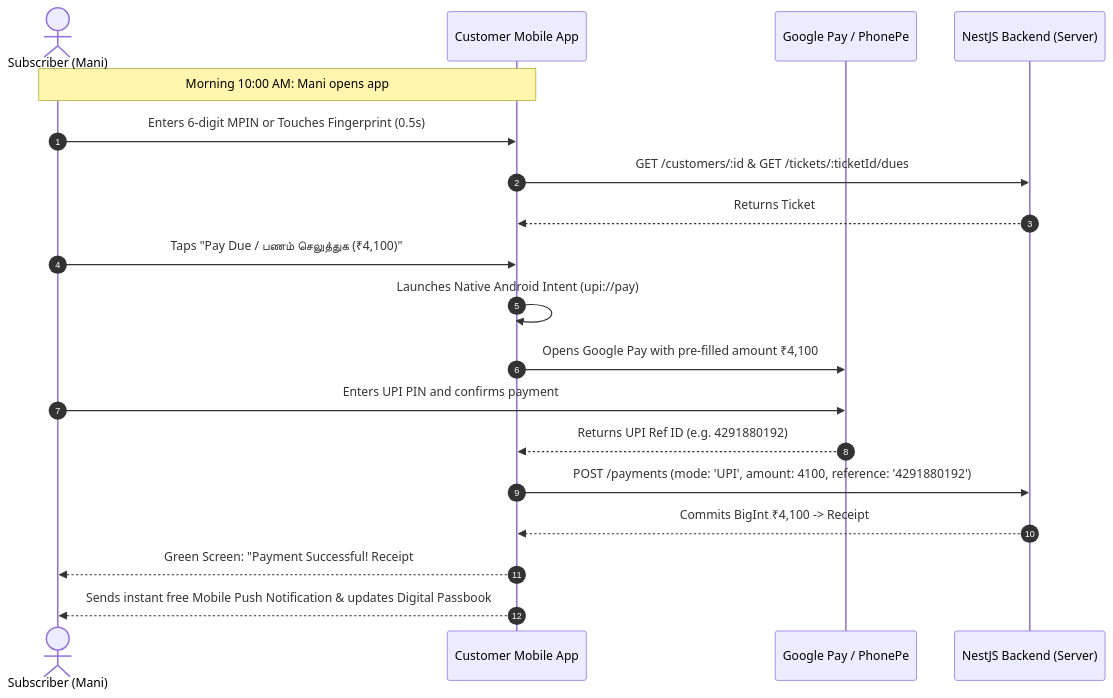
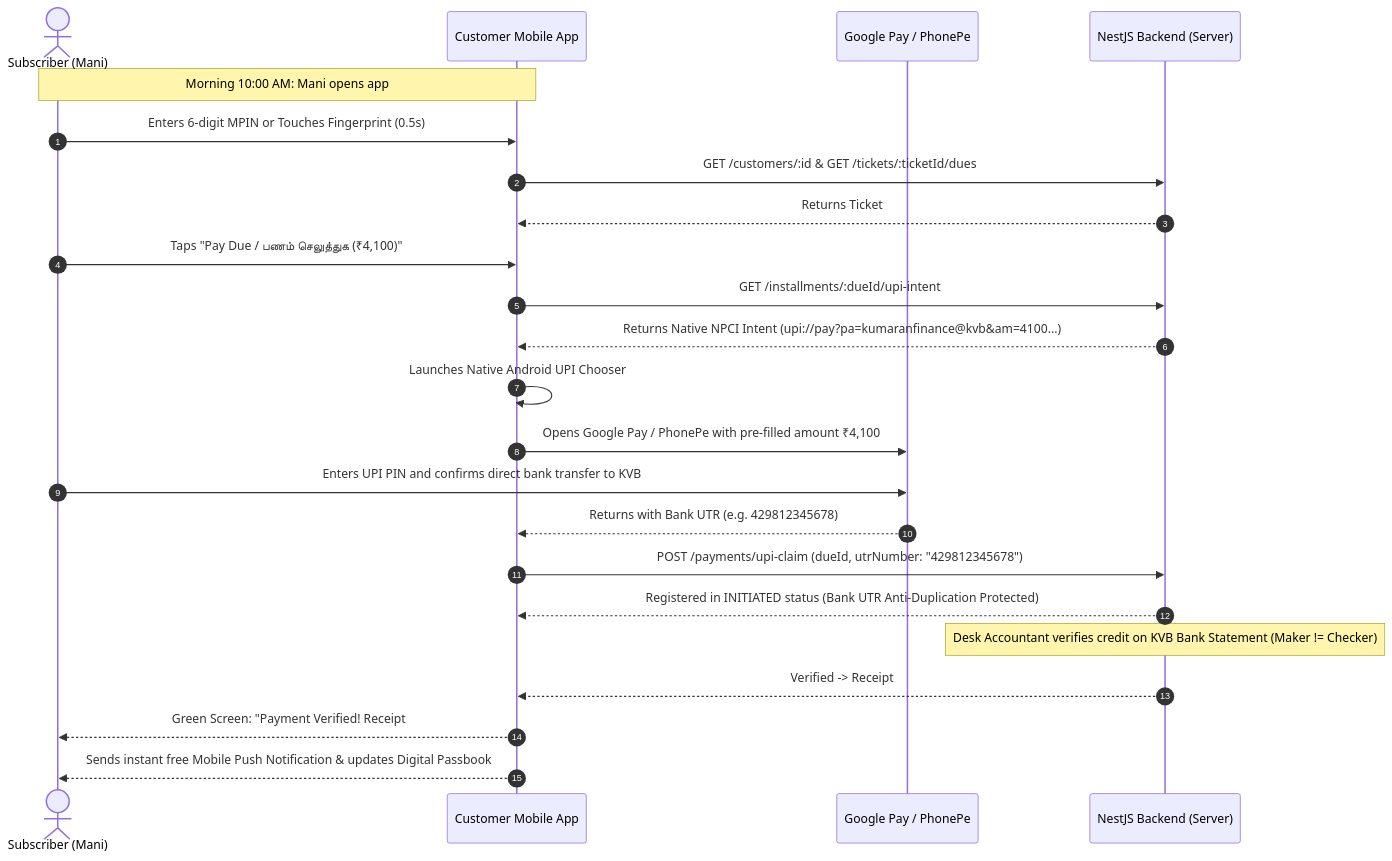
One commit to Kathir-24/Kumaran-finance changed the second of 3 diagrams in docs/02-requirements/educational-guides/persona-4-customer.md. Above: the diagram before and after it, drawn with Mermaid. The commit also changed other lines of this file and 18 other files, not shown here.

Commit message:
docs: synchronize all architecture, api, testing, and manual specs with native upi and utr uniqueness

````diff
--- a/docs/02-requirements/educational-guides/persona-4-customer.md
+++ b/docs/02-requirements/educational-guides/persona-4-customer.md
@@ -116,22 +116,26 @@
 ```mermaid
 sequenceDiagram
     autonumber
     actor C as Subscriber (Mani)
     participant APP as Customer Mobile App
     participant UPI as Google Pay / PhonePe
     participant API as NestJS Backend (Server)
 
     Note over C,APP: Morning 10:00 AM: Mani opens app
     C->>APP: Enters 6-digit MPIN or Touches Fingerprint (0.5s)
     APP->>API: GET /customers/:id & GET /tickets/:ticketId/dues
     API-->>APP: Returns Ticket #9 (KCA-1L-20M-01) | Net Due: ₹4,100
     C->>APP: Taps "Pay Due / பணம் செலுத்துக (₹4,100)"
-    APP->>APP: Launches Native Android Intent (upi://pay)
-    APP->>UPI: Opens Google Pay with pre-filled amount ₹4,100
-    C->>UPI: Enters UPI PIN and confirms payment
-    UPI-->>APP: Returns UPI Ref ID (e.g. 4291880192)
-    APP->>API: POST /payments (mode: 'UPI', amount: 4100, reference: '4291880192')
-    API-->>APP: Commits BigInt ₹4,100 -> Receipt #KC-REC-PRD-2026-00412
-    APP-->>C: Green Screen: "Payment Successful! Receipt #KC-REC-00412"
+    APP->>API: GET /installments/:dueId/upi-intent
+    API-->>APP: Returns Native NPCI Intent (upi://pay?pa=kumaranfinance@kvb&am=4100...)
+    APP->>APP: Launches Native Android UPI Chooser
+    APP->>UPI: Opens Google Pay / PhonePe with pre-filled amount ₹4,100
+    C->>UPI: Enters UPI PIN and confirms direct bank transfer to KVB
+    UPI-->>APP: Returns with Bank UTR (e.g. 429812345678)
+    APP->>API: POST /payments/upi-claim (dueId, utrNumber: "429812345678")
+    API-->>APP: Registered in INITIATED status (Bank UTR Anti-Duplication Protected)
+    Note over API: Desk Accountant verifies credit on KVB Bank Statement (Maker != Checker)
+    API-->>APP: Verified -> Receipt #KC-REC-PRD-2026-00412 Issued -> Status: PAID
+    APP-->>C: Green Screen: "Payment Verified! Receipt #KC-REC-00412"
     APP-->>C: Sends instant free Mobile Push Notification & updates Digital Passbook
 ```
````
